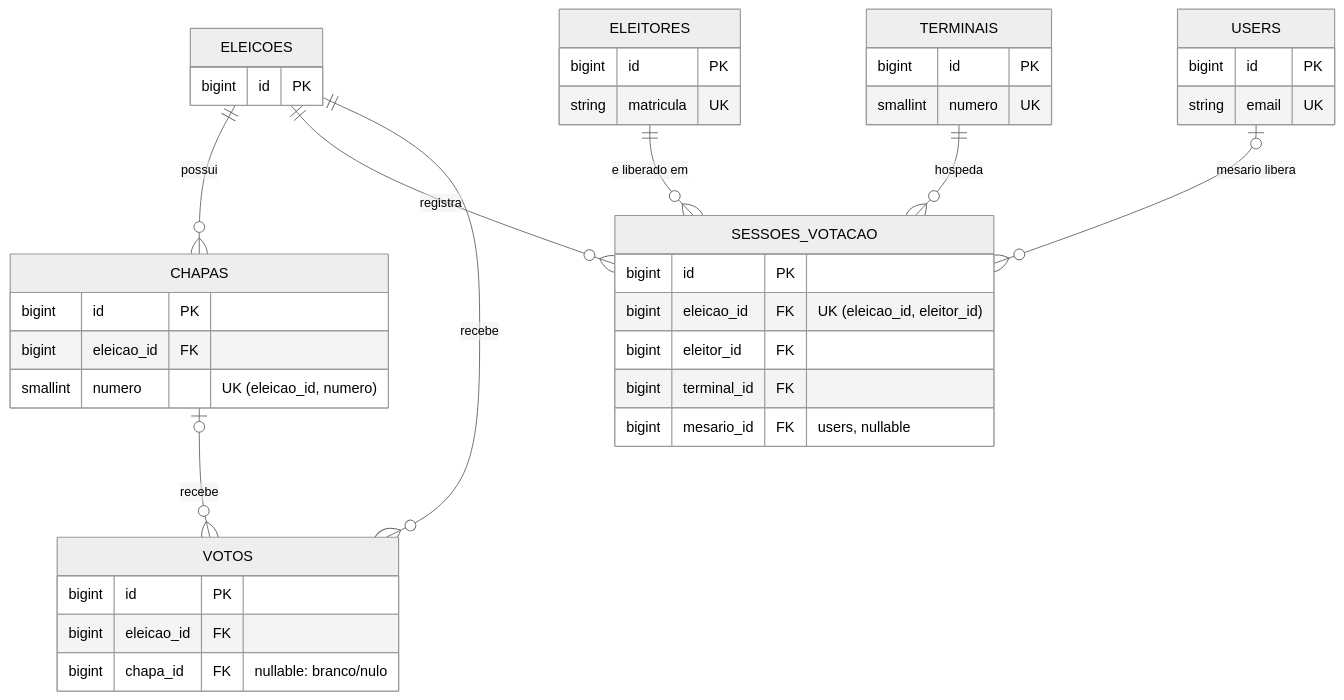
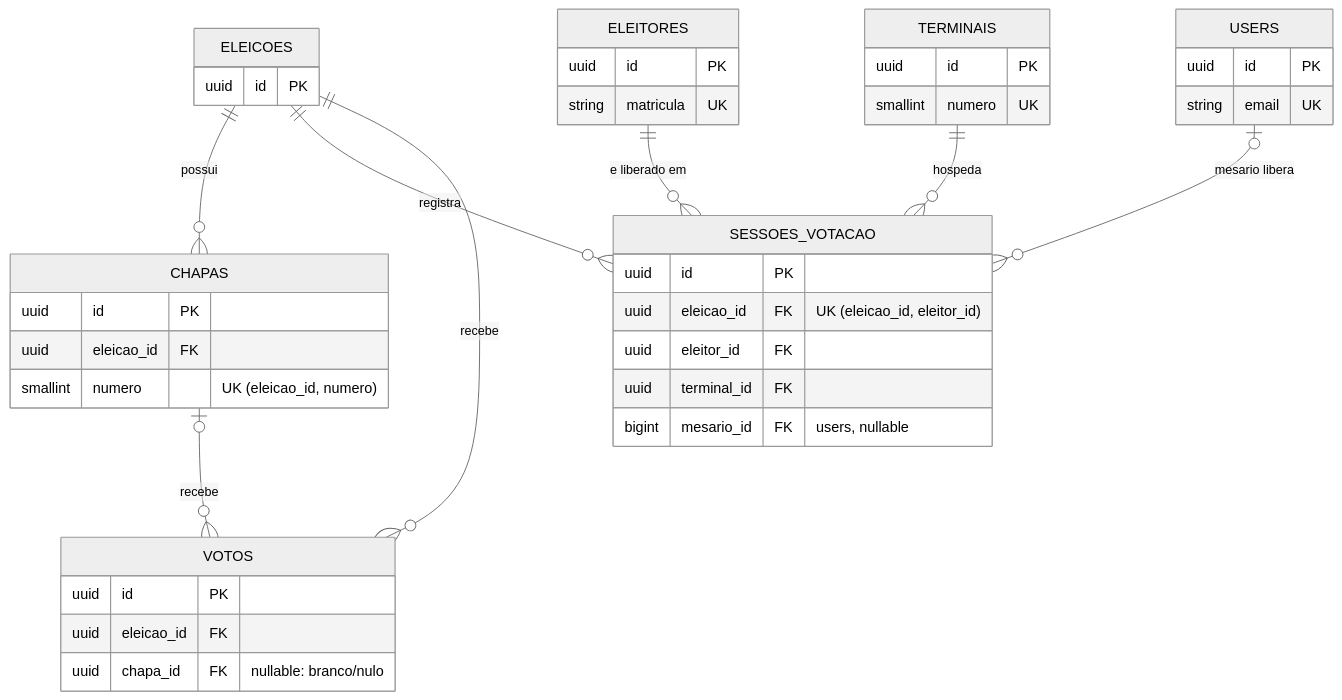
Before and after one commit to prof-ronildo-unicatolica/votacao-digitech: the diagram in docs/MODELO_DADOS.md, drawn with Mermaid (neutral theme). The commit also changed other lines of this file and 19 other files, not shown here.

````diff
--- a/docs/MODELO_DADOS.md
+++ b/docs/MODELO_DADOS.md
@@ -9,43 +9,43 @@
 ```mermaid
 erDiagram
     USERS {
-        bigint id PK
+        uuid id PK
         string email UK
     }
     ELEICOES {
-        bigint id PK
+        uuid id PK
     }
     CHAPAS {
-        bigint id PK
-        bigint eleicao_id FK
+        uuid id PK
+        uuid eleicao_id FK
         smallint numero "UK (eleicao_id, numero)"
     }
     ELEITORES {
-        bigint id PK
+        uuid id PK
         string matricula UK
     }
     TERMINAIS {
-        bigint id PK
+        uuid id PK
         smallint numero UK
     }
     SESSOES_VOTACAO {
-        bigint id PK
-        bigint eleicao_id FK "UK (eleicao_id, eleitor_id)"
-        bigint eleitor_id FK
-        bigint terminal_id FK
+        uuid id PK
+        uuid eleicao_id FK "UK (eleicao_id, eleitor_id)"
+        uuid eleitor_id FK
+        uuid terminal_id FK
         bigint mesario_id FK "users, nullable"
     }
     VOTOS {
-        bigint id PK
-        bigint eleicao_id FK
-        bigint chapa_id FK "nullable: branco/nulo"
+        uuid id PK
+        uuid eleicao_id FK
+        uuid chapa_id FK "nullable: branco/nulo"
     }
 
     ELEICOES ||--o{ CHAPAS : "possui"
     ELEICOES ||--o{ SESSOES_VOTACAO : "registra"
     ELEICOES ||--o{ VOTOS : "recebe"
     CHAPAS   |o--o{ VOTOS : "recebe"
     ELEITORES ||--o{ SESSOES_VOTACAO : "e liberado em"
     TERMINAIS ||--o{ SESSOES_VOTACAO : "hospeda"
     USERS    |o--o{ SESSOES_VOTACAO : "mesario libera"
 ```
````
